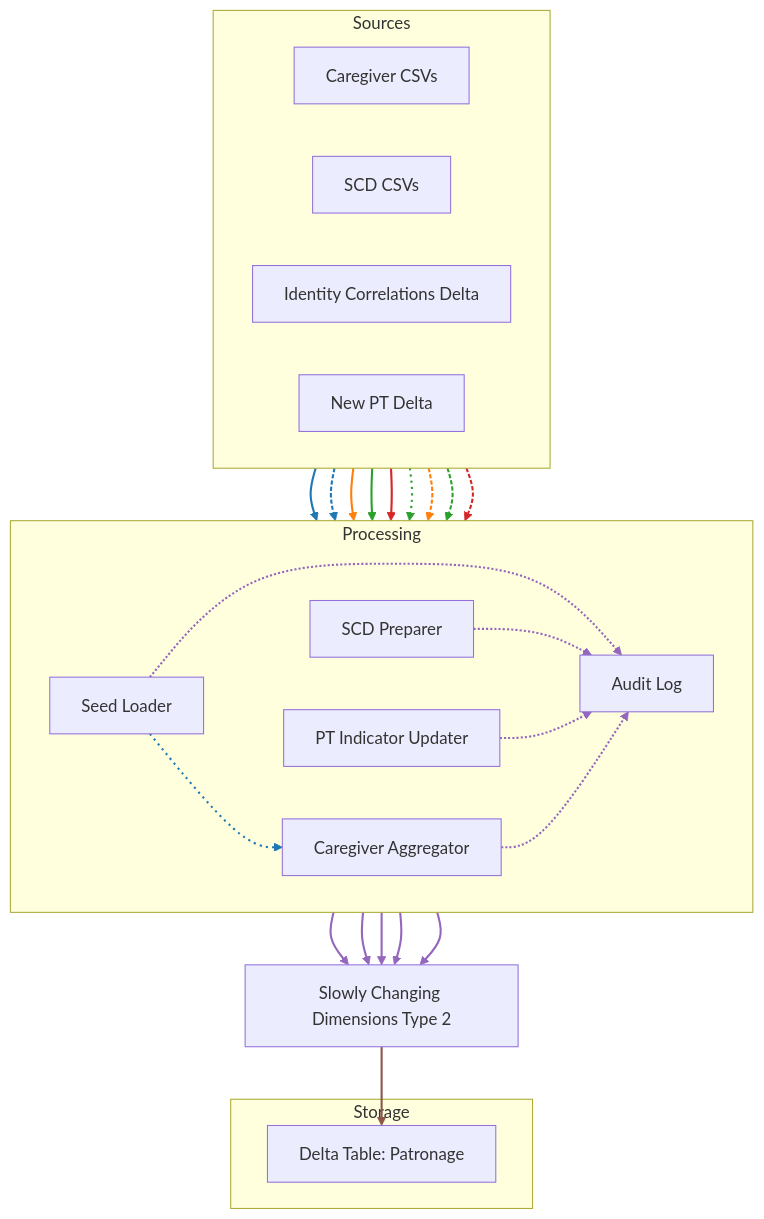
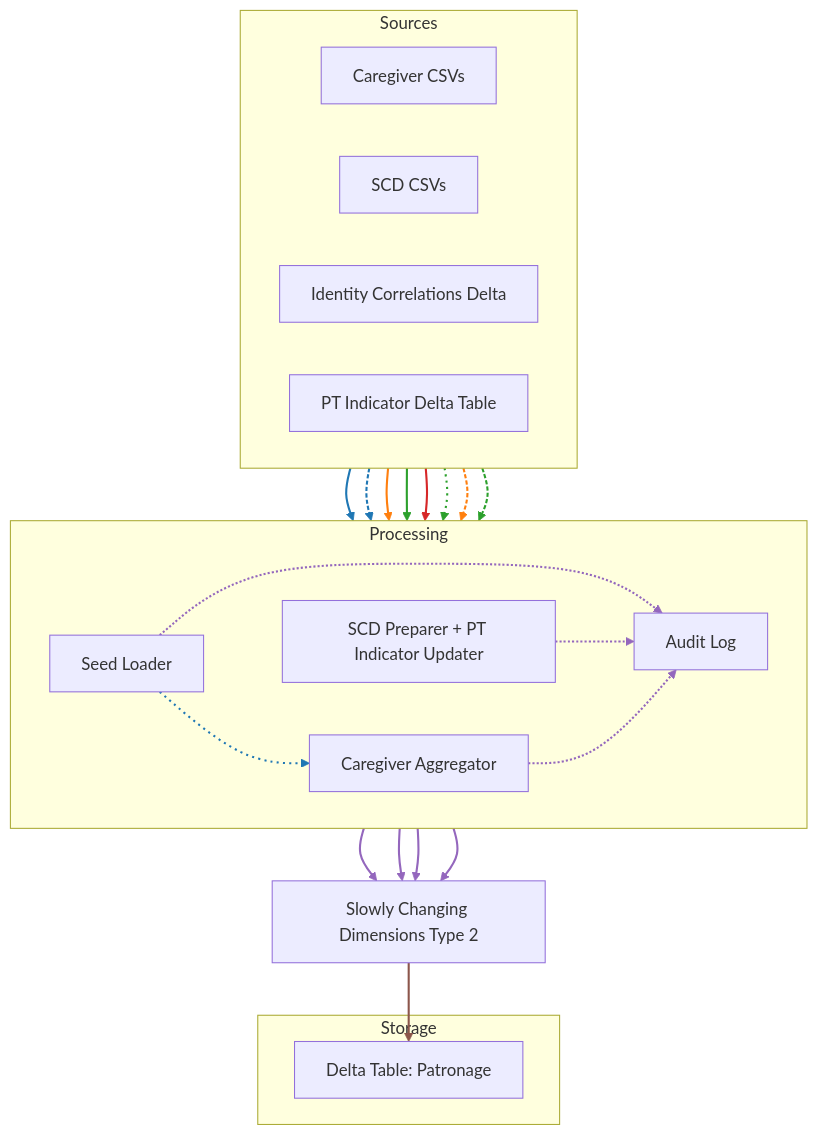
Before and after one commit to BhaveshVA/Patronage: the first of 4 diagrams in README.md, drawn with Mermaid. The commit also changed other lines of this file, not shown here.

Commit message:
Revise architecture diagram and update README
Updated the architecture diagram and modified the ETL pipeline description.

````diff
--- a/README.md
+++ b/README.md
@@ -16,66 +2,59 @@
 ```mermaid
 flowchart TB
     subgraph Sources
         direction LR
         CaregiverCSVs["Caregiver CSVs"]
         SCDCSVs["SCD CSVs"]
         IdentityCorrelations["Identity Correlations Delta"]
-        NewPTDelta["New PT Delta"]
+        NewPTDelta["PT Indicator Delta Table"]
     end
     subgraph Processing
         direction LR
         SeedLoader["Seed Loader"]
         CaregiverAggregator["Caregiver Aggregator"]
-        SCDPreparer["SCD Preparer"]
-        PTIndicatorUpdater["PT Indicator Updater"]
+        SCDPreparer["SCD Preparer + PT Indicator Updater"]
         AuditLog["Audit Log"]
     end
     SCDType["Slowly Changing Dimensions Type 2"]
     subgraph Storage
         DeltaTable["Delta Table: Patronage"]
     end
     
     CaregiverCSVs --> SeedLoader
     CaregiverCSVs --> CaregiverAggregator
     SeedLoader --> CaregiverAggregator
     SCDCSVs --> SCDPreparer
     IdentityCorrelations --> SCDPreparer
-    NewPTDelta --> PTIndicatorUpdater
+    NewPTDelta --> SCDPreparer
     IdentityCorrelations --> SeedLoader
     
     SeedLoader --> SCDType
     SCDPreparer --> SCDType
-    PTIndicatorUpdater --> SCDType
     CaregiverAggregator --> SCDType
     AuditLog --> SCDType
     SCDType --> DeltaTable
     
     SCDCSVs --> SeedLoader
     IdentityCorrelations --> CaregiverAggregator
-    NewPTDelta --> AuditLog
     
     SeedLoader -.-> AuditLog
     SCDPreparer -.-> AuditLog
-    PTIndicatorUpdater -.-> AuditLog
     CaregiverAggregator -.-> AuditLog
     linkStyle 0 stroke:#1f77b4,stroke-width:2px;
     linkStyle 1 stroke:#1f77b4,stroke-width:2px,stroke-dasharray: 4 2;
     linkStyle 2 stroke:#1f77b4,stroke-width:2px,stroke-dasharray: 2 4;
     linkStyle 3 stroke:#ff7f0e,stroke-width:2px;
     linkStyle 4 stroke:#2ca02c,stroke-width:2px;
     linkStyle 5 stroke:#d62728,stroke-width:2px;
     linkStyle 6 stroke:#2ca02c,stroke-width:2px,stroke-dasharray: 2 4;
     linkStyle 7 stroke:#9467bd,stroke-width:2px;
     linkStyle 8 stroke:#9467bd,stroke-width:2px;
     linkStyle 9 stroke:#9467bd,stroke-width:2px;
     linkStyle 10 stroke:#9467bd,stroke-width:2px;
-    linkStyle 11 stroke:#9467bd,stroke-width:2px;
-    linkStyle 12 stroke:#8c564b,stroke-width:2px;
-    linkStyle 13 stroke:#ff7f0e,stroke-width:2px,stroke-dasharray: 4 2;
-    linkStyle 14 stroke:#2ca02c,stroke-width:2px,stroke-dasharray: 4 2;
-    linkStyle 15 stroke:#d62728,stroke-width:2px,stroke-dasharray: 4 2;
+    linkStyle 11 stroke:#8c564b,stroke-width:2px;
+    linkStyle 12 stroke:#ff7f0e,stroke-width:2px,stroke-dasharray: 4 2;
+    linkStyle 13 stroke:#2ca02c,stroke-width:2px,stroke-dasharray: 4 2;
+    linkStyle 14 stroke:#9467bd,stroke-width:2px,stroke-dasharray: 2 2;
+    linkStyle 15 stroke:#9467bd,stroke-width:2px,stroke-dasharray: 2 2;
     linkStyle 16 stroke:#9467bd,stroke-width:2px,stroke-dasharray: 2 2;
-    linkStyle 17 stroke:#9467bd,stroke-width:2px,stroke-dasharray: 2 2;
-    linkStyle 18 stroke:#9467bd,stroke-width:2px,stroke-dasharray: 2 2;
-    linkStyle 19 stroke:#9467bd,stroke-width:2px,stroke-dasharray: 2 2;
 ```
````
